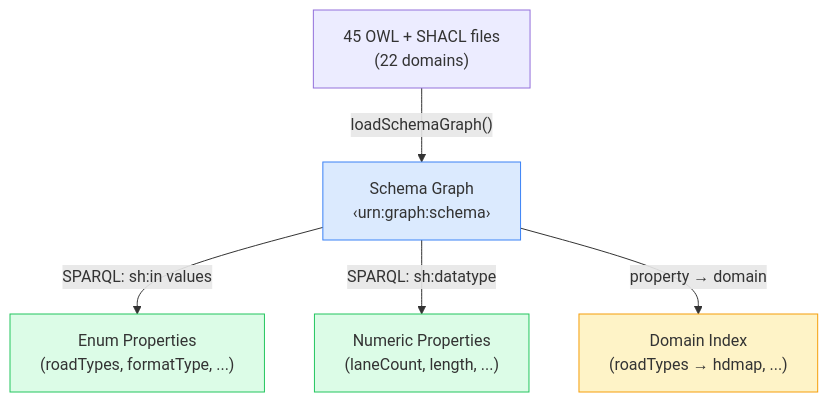
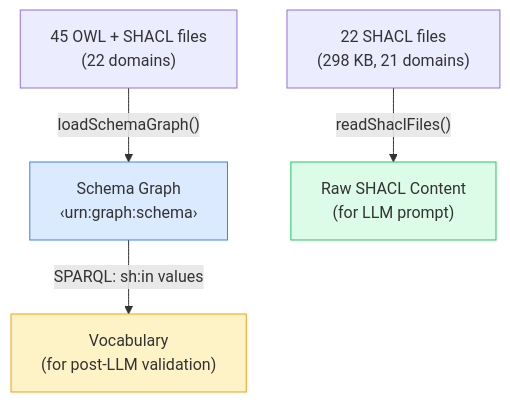
The second of 3 diagrams in apps/docs/query-flow.md (ASCS-eV/ontology-based-nl-search), drawn with Mermaid before and after one commit. The commit also changed other lines of this file and 11 other files, not shown here.

First line of the commit message:
feat: replace vocabulary tables with raw SHACL injection in LLM prompt

````diff
--- a/apps/docs/query-flow.md
+++ b/apps/docs/query-flow.md
@@ -26,12 +26,10 @@
 ```mermaid
 graph TD
     TTL["45 OWL + SHACL files<br/>(22 domains)"] -->|"loadSchemaGraph()"| SG["Schema Graph<br/>‹urn:graph:schema›"]
-    SG -->|"SPARQL: sh:in values"| ENUM["Enum Properties<br/>(roadTypes, formatType, ...)"]
-    SG -->|"SPARQL: sh:datatype"| NUM["Numeric Properties<br/>(laneCount, length, ...)"]
-    SG -->|"property → domain"| IDX["Domain Index<br/>(roadTypes → hdmap, ...)"]
+    SHACL["22 SHACL files<br/>(298 KB, 21 domains)"] -->|"readShaclFiles()"| RAW["Raw SHACL Content<br/>(for LLM prompt)"]
+    SG -->|"SPARQL: sh:in values"| VOCAB["Vocabulary<br/>(for post-LLM validation)"]
 
     style SG fill:#dbeafe,stroke:#3b82f6
-    style ENUM fill:#dcfce7,stroke:#22c55e
-    style NUM fill:#dcfce7,stroke:#22c55e
-    style IDX fill:#fef3c7,stroke:#f59e0b
+    style RAW fill:#dcfce7,stroke:#22c55e
+    style VOCAB fill:#fef3c7,stroke:#f59e0b
 ```
````
